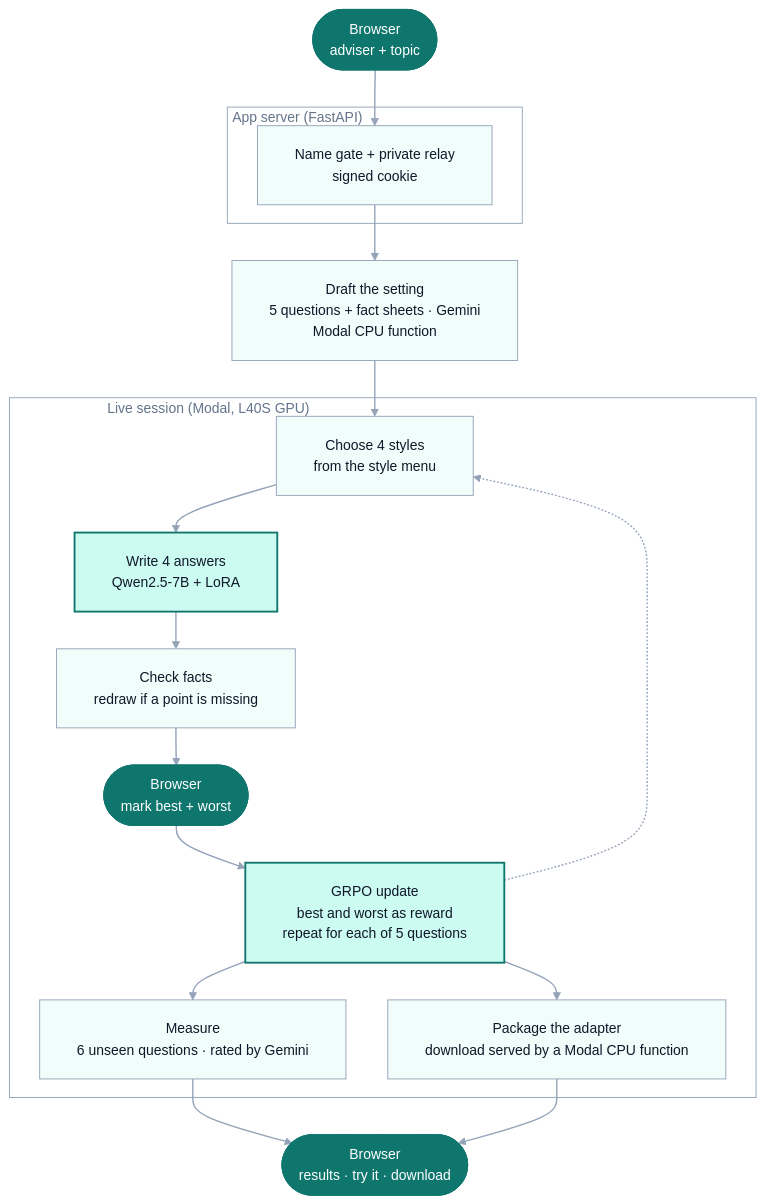
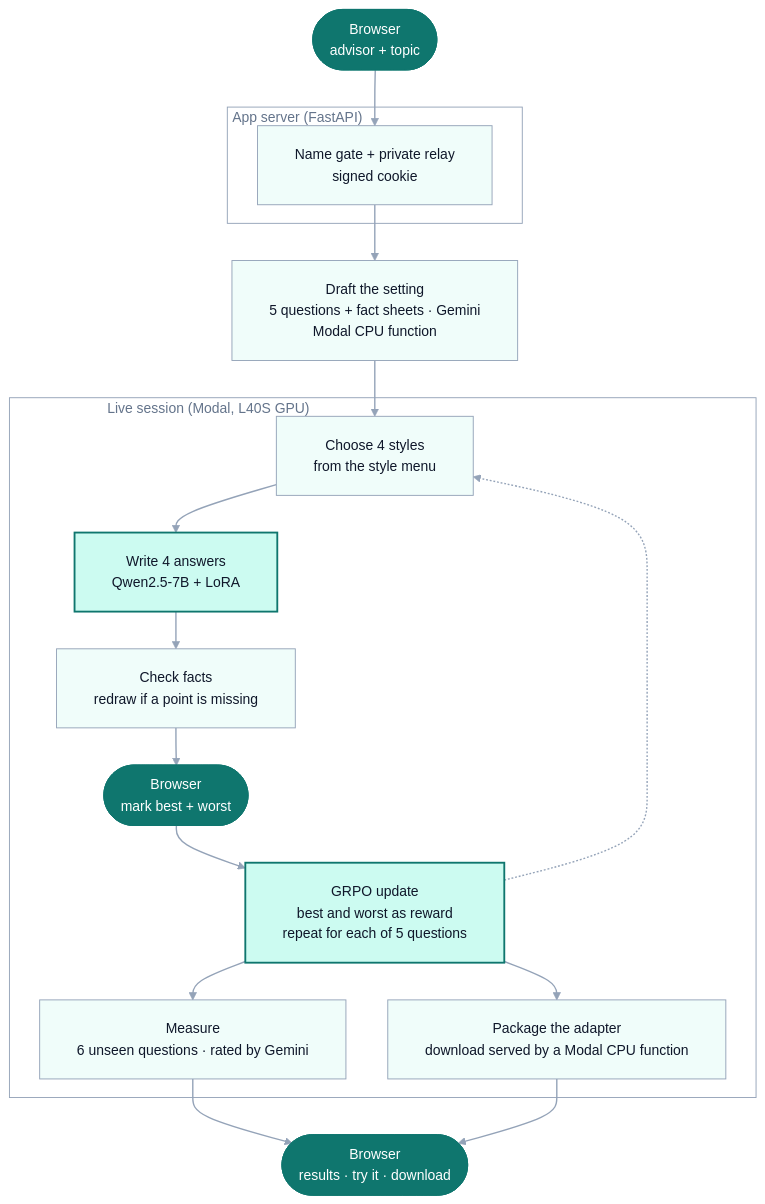
The diagram in README.md (jessecui/attune), drawn with Mermaid before and after one commit. The commit also changed other lines of this file and 3 other files, not shown here.

````diff
--- a/README.md
+++ b/README.md
@@ -42,40 +42,40 @@
 ```mermaid
 %%{init: {"theme": "base", "themeVariables": {"fontSize": "15px", "lineColor": "#94a3b8", "textColor": "#64748b", "clusterBkg": "transparent", "clusterBorder": "#94a3b8", "titleColor": "#64748b"}, "flowchart": {"curve": "basis", "nodeSpacing": 45, "rankSpacing": 40, "padding": 20, "wrappingWidth": 400}}}%%
 flowchart TB
-    UI(["Browser<br/>adviser + topic"])
+    UI(["Browser<br/>advisor + topic"])
 
     D["Draft the setting<br/>5 questions + fact sheets · Gemini<br/>Modal CPU function"]
 
     subgraph APP["App server (FastAPI)#nbsp;#nbsp;#nbsp;#nbsp;#nbsp;#nbsp;#nbsp;#nbsp;#nbsp;#nbsp;#nbsp;#nbsp;#nbsp;#nbsp;#nbsp;#nbsp;#nbsp;#nbsp;#nbsp;#nbsp;#nbsp;#nbsp;#nbsp;#nbsp;#nbsp;#nbsp;#nbsp;#nbsp;#nbsp;#nbsp;#nbsp;#nbsp;#nbsp;#nbsp;#nbsp;#nbsp;#nbsp;#nbsp;#nbsp;#nbsp;"]
         A["Name gate + private relay<br/>signed cookie"]
     end
 
     subgraph LIVE["Live session (Modal, L40S GPU)#nbsp;#nbsp;#nbsp;#nbsp;#nbsp;#nbsp;#nbsp;#nbsp;#nbsp;#nbsp;#nbsp;#nbsp;#nbsp;#nbsp;#nbsp;#nbsp;#nbsp;#nbsp;#nbsp;#nbsp;#nbsp;#nbsp;#nbsp;#nbsp;#nbsp;#nbsp;#nbsp;#nbsp;#nbsp;#nbsp;#nbsp;#nbsp;#nbsp;#nbsp;#nbsp;#nbsp;#nbsp;#nbsp;#nbsp;#nbsp;#nbsp;#nbsp;#nbsp;#nbsp;#nbsp;#nbsp;#nbsp;#nbsp;#nbsp;#nbsp;#nbsp;#nbsp;#nbsp;#nbsp;#nbsp;#nbsp;#nbsp;#nbsp;#nbsp;#nbsp;#nbsp;#nbsp;#nbsp;#nbsp;#nbsp;#nbsp;#nbsp;#nbsp;#nbsp;#nbsp;#nbsp;#nbsp;#nbsp;#nbsp;#nbsp;#nbsp;#nbsp;#nbsp;#nbsp;#nbsp;#nbsp;#nbsp;#nbsp;#nbsp;#nbsp;#nbsp;#nbsp;#nbsp;#nbsp;#nbsp;"]
         C["Choose 4 styles<br/>from the style menu"]
         W["Write 4 answers<br/>Qwen2.5-7B + LoRA"]
         F["Check facts<br/>redraw if a point is missing"]
         PICK(["Browser<br/>mark best + worst"])
         U["GRPO update<br/>best and worst as reward<br/>repeat for each of 5 questions"]
         M["Measure<br/>6 unseen questions · rated by Gemini"]
         PKG["Package the adapter<br/>download served by a Modal CPU function"]
         C --> W --> F --> PICK --> U
         U -.-> C
         U --> M
         U --> PKG
     end
 
     OUT(["Browser<br/>results · try it · download"])
 
     UI --> A --> D --> C
     M --> OUT
     PKG --> OUT
 
     classDef step fill:#f0fdfa,stroke:#94a3b8,stroke-width:1px,color:#0f172a
     classDef model fill:#ccfbf1,stroke:#0f766e,stroke-width:2px,color:#0f172a
     classDef client fill:#0f766e,stroke:#0f766e,color:#ffffff
 
     class A,D,C,F,M,PKG step
     class W,U model
     class UI,PICK,OUT client
     linkStyle default stroke:#94a3b8,stroke-width:1.5px
 ```
````
